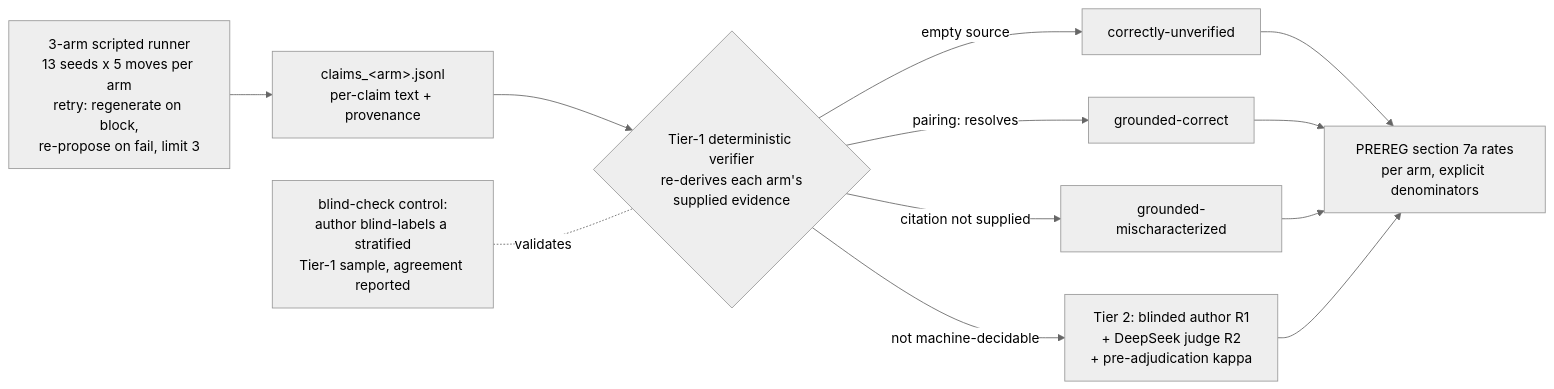
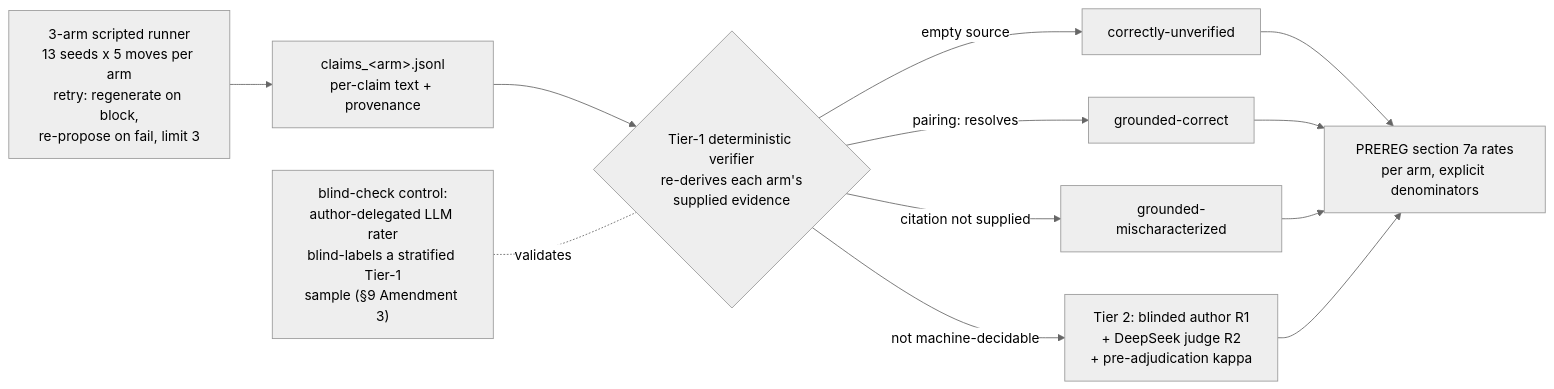
The third of 3 diagrams in README.md (ogngnaoh/capycook), drawn with Mermaid before and after one commit. The commit also changed other lines of this file and 1 other file, not shown here.

````diff
--- a/README.md
+++ b/README.md
@@ -102,15 +102,15 @@
 ```mermaid
 %%{init: {'theme':'neutral'}}%%
 flowchart LR
     R[3-arm scripted runner<br/>13 seeds x 5 moves per arm<br/>retry: regenerate on block,<br/>re-propose on fail, limit 3] --> C[claims_&lt;arm&gt;.jsonl<br/>per-claim text + provenance]
     C --> T1{Tier-1 deterministic verifier<br/>re-derives each arm's<br/>supplied evidence}
     T1 -->|"empty source"| CU[correctly-unverified]
     T1 -->|"pairing: resolves"| GC[grounded-correct]
     T1 -->|"citation not supplied"| GM[grounded-mischaracterized]
     T1 -->|"not machine-decidable"| T2[Tier 2: blinded author R1<br/>+ DeepSeek judge R2<br/>+ pre-adjudication kappa]
     CU --> RT[PREREG section 7a rates<br/>per arm, explicit denominators]
     GC --> RT
     GM --> RT
     T2 --> RT
-    BC[blind-check control:<br/>author blind-labels a stratified<br/>Tier-1 sample, agreement reported] -.validates.- T1
+    BC["blind-check control:<br/>author-delegated LLM rater<br/>blind-labels a stratified Tier-1<br/>sample (§9 Amendment 3)"] -.validates.- T1
 ```
````
